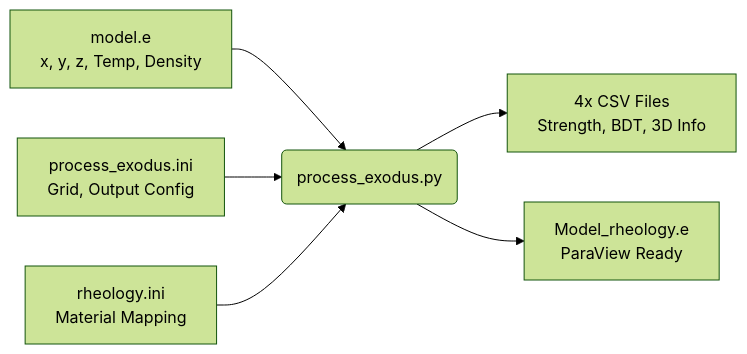
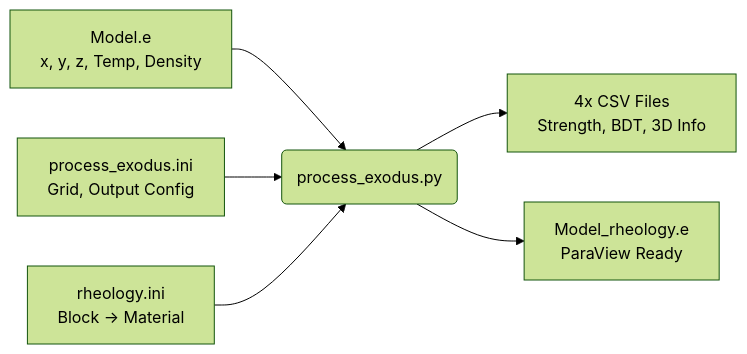
One commit to TilmanMay/rheolopy changed the diagram in process_rheology/README.md. Above: the diagram before and after it, drawn with Mermaid (forest theme). The commit also changed other lines of this file and 8 other files, not shown here.

````diff
--- a/process_rheology/README.md
+++ b/process_rheology/README.md
@@ -15,8 +20,8 @@
 ```mermaid
 graph LR
-    A[model.e<br/>x, y, z, Temp, Density] --> C(process_exodus.py)
+    A[Model.e<br/>x, y, z, Temp, Density] --> C(process_exodus.py)
     B[process_exodus.ini<br/>Grid, Output Config] --> C
-    R[rheology.ini<br/>Material Mapping] --> C
+    R[rheology.ini<br/>Block → Material] --> C
     C --> D[4x CSV Files<br/>Strength, BDT, 3D Info]
     C --> E[Model_rheology.e<br/>ParaView Ready]
 ```
````
